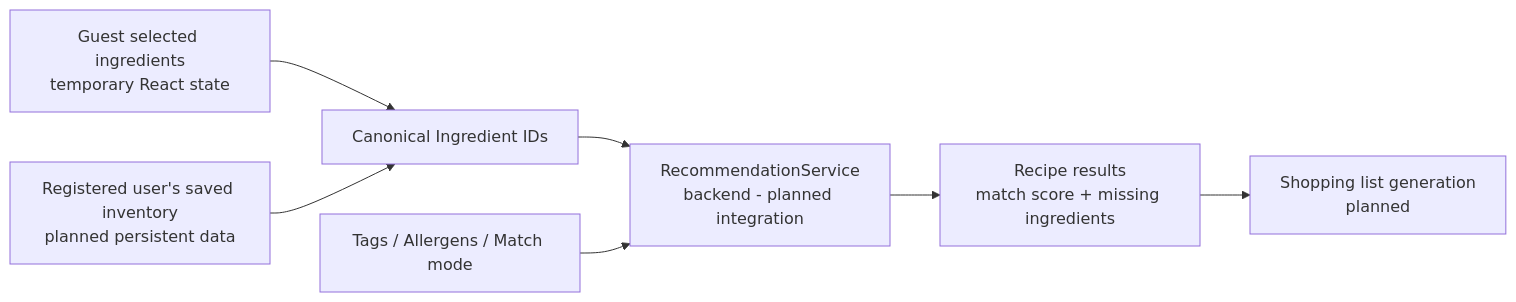
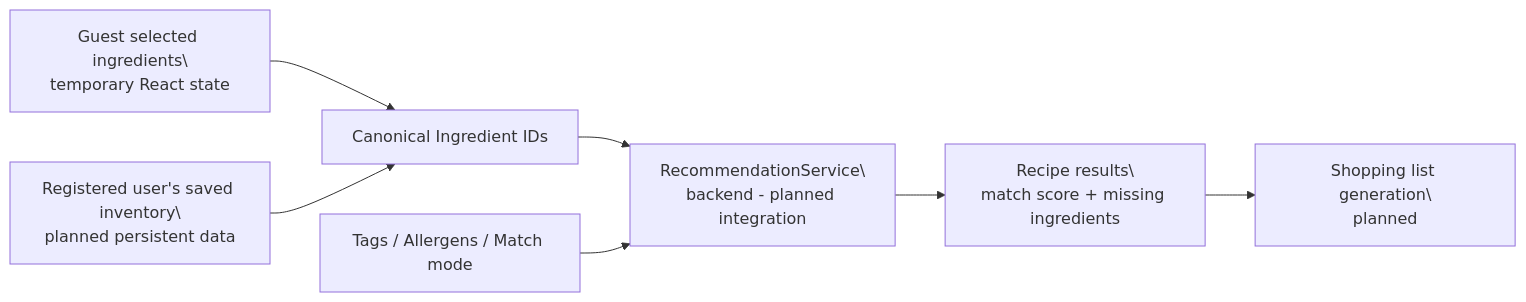
Before and after one commit to sophia-dao/cloud_computing_proj: the third of 4 diagrams in docs/midpoint/PROGRESS.md, drawn with Mermaid. The commit also changed other lines of this file, not shown here.

````diff
--- a/docs/midpoint/PROGRESS.md
+++ b/docs/midpoint/PROGRESS.md
@@ -130,9 +192,17 @@
 ```mermaid
+
 flowchart LR
-    G[Guest selected ingredients<br/>temporary React state] --> IN[Canonical Ingredient IDs]
-    R[Registered user's saved inventory<br/>planned persistent data] --> IN
-    IN --> RS[RecommendationService<br/>backend - planned integration]
+
+    G[Guest selected ingredients\<br/>temporary React state] --> IN[Canonical Ingredient IDs]
+
+    R[Registered user's saved inventory\<br/>planned persistent data] --> IN
+
+    IN --> RS[RecommendationService\<br/>backend - planned integration]
+
     FILTER[Tags / Allergens / Match mode] --> RS
-    RS --> REC[Recipe results<br/>match score + missing ingredients]
-    REC --> SHOP[Shopping list generation<br/>planned]
+
+    RS --> REC[Recipe results\<br/>match score + missing ingredients]
+
+    REC --> SHOP[Shopping list generation\<br/>planned]
+
 ```
````
